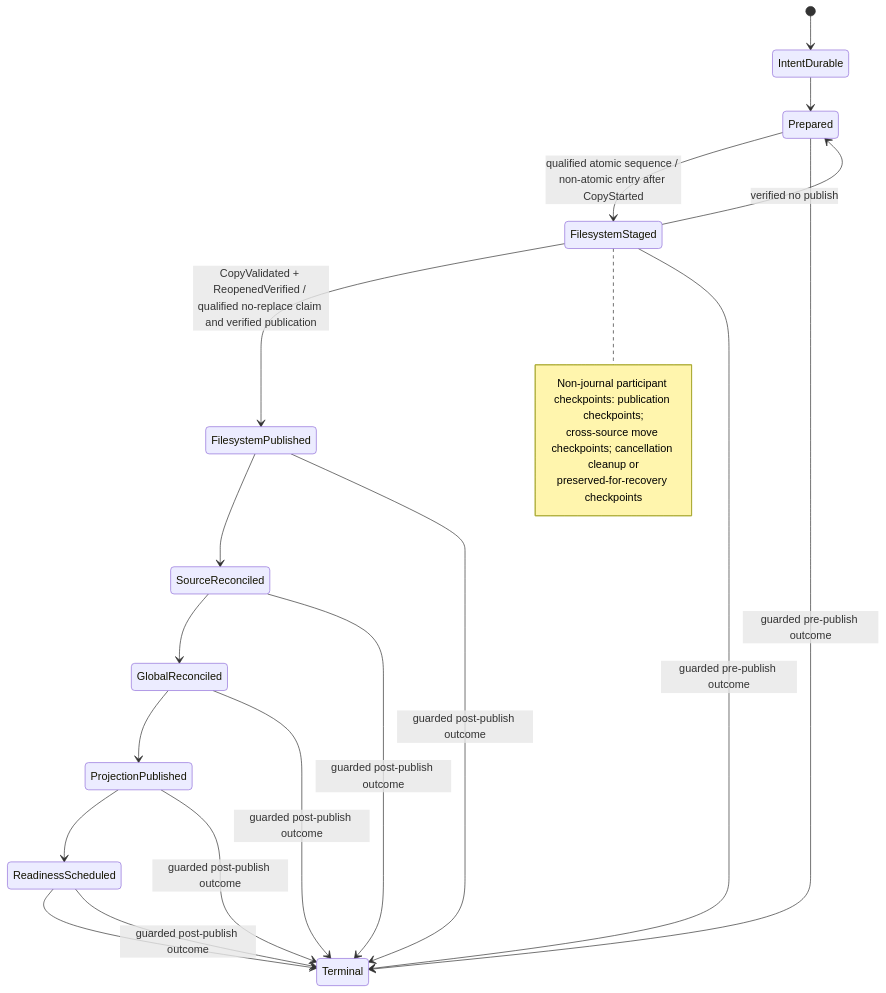
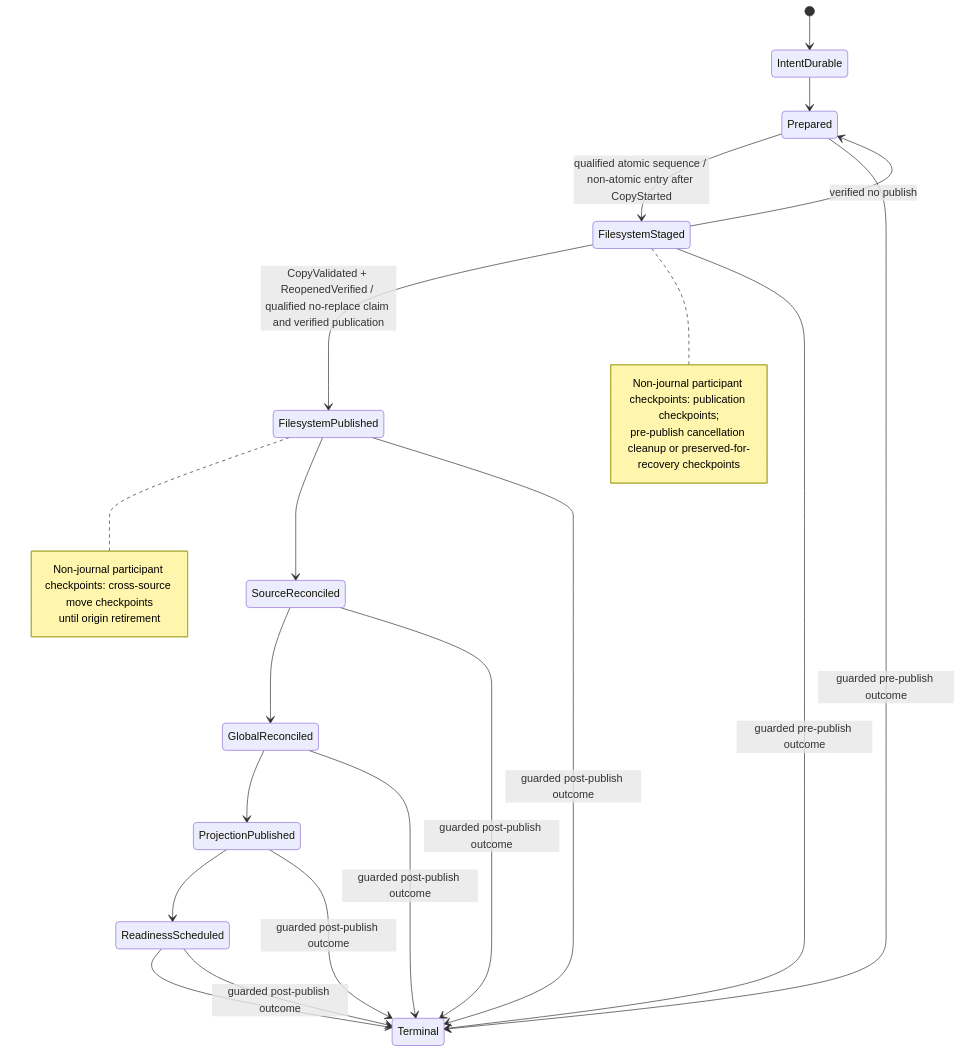
The diagram in docs/IO_ARCHITECTURE_TARGET.md (PORTALSURFER/sempal), drawn with Mermaid before and after one commit. The commit also changed other lines of this file, not shown here.

Commit message:
docs: clarify staging recovery boundaries

````diff
--- a/docs/IO_ARCHITECTURE_TARGET.md
+++ b/docs/IO_ARCHITECTURE_TARGET.md
@@ -632,25 +641,28 @@
 ```mermaid
 stateDiagram-v2
     [*] --> IntentDurable
     IntentDurable --> Prepared
     Prepared --> FilesystemStaged : qualified atomic sequence / non-atomic entry after CopyStarted
     FilesystemStaged --> Prepared : verified no publish
     FilesystemStaged --> FilesystemPublished : CopyValidated + ReopenedVerified / qualified no-replace claim and verified publication
     note right of FilesystemStaged
         Non-journal participant checkpoints: publication checkpoints;
-        cross-source move checkpoints; cancellation cleanup or
-        preserved-for-recovery checkpoints
+        pre-publish cancellation cleanup or preserved-for-recovery checkpoints
+    end note
+    note right of FilesystemPublished
+        Non-journal participant checkpoints: cross-source move checkpoints
+        until origin retirement
     end note
     FilesystemPublished --> SourceReconciled
     SourceReconciled --> GlobalReconciled
     GlobalReconciled --> ProjectionPublished
     ProjectionPublished --> ReadinessScheduled
     ReadinessScheduled --> Terminal
     Prepared --> Terminal : guarded pre-publish outcome
     FilesystemStaged --> Terminal : guarded pre-publish outcome
     FilesystemPublished --> Terminal : guarded post-publish outcome
     SourceReconciled --> Terminal : guarded post-publish outcome
     GlobalReconciled --> Terminal : guarded post-publish outcome
     ProjectionPublished --> Terminal : guarded post-publish outcome
     ReadinessScheduled --> Terminal : guarded post-publish outcome
 ```
````
